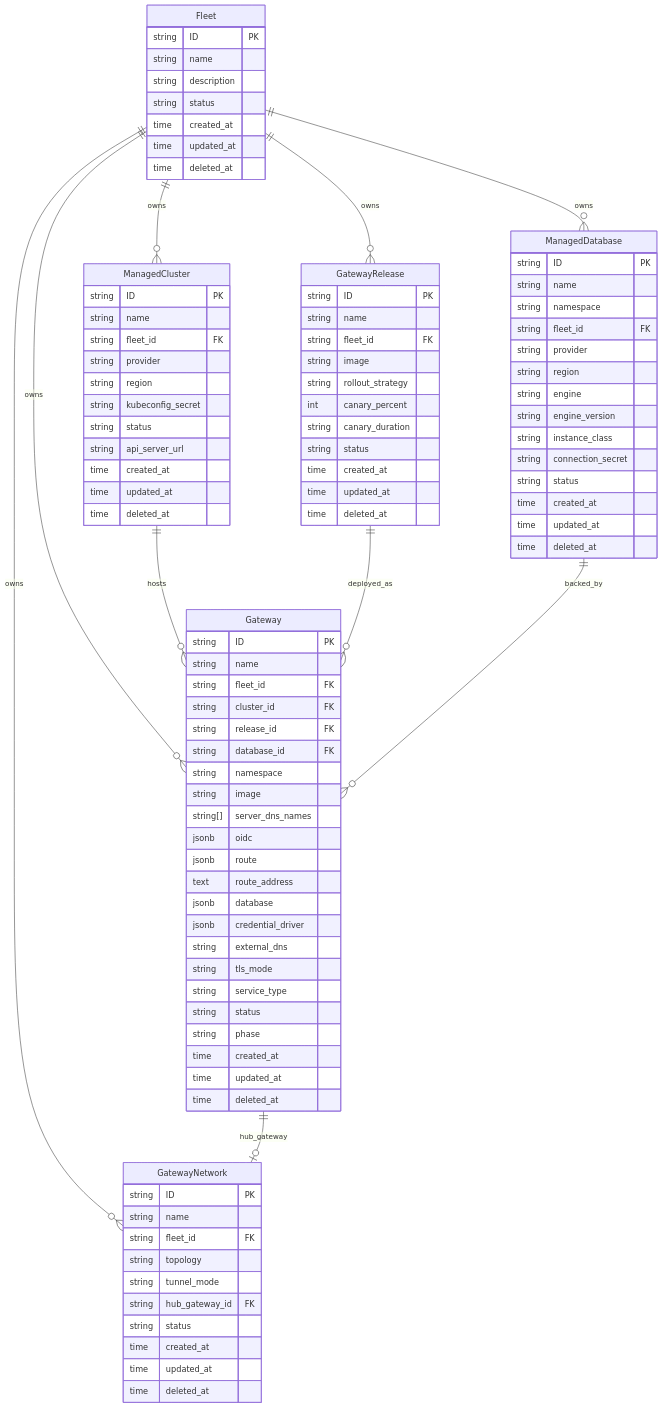
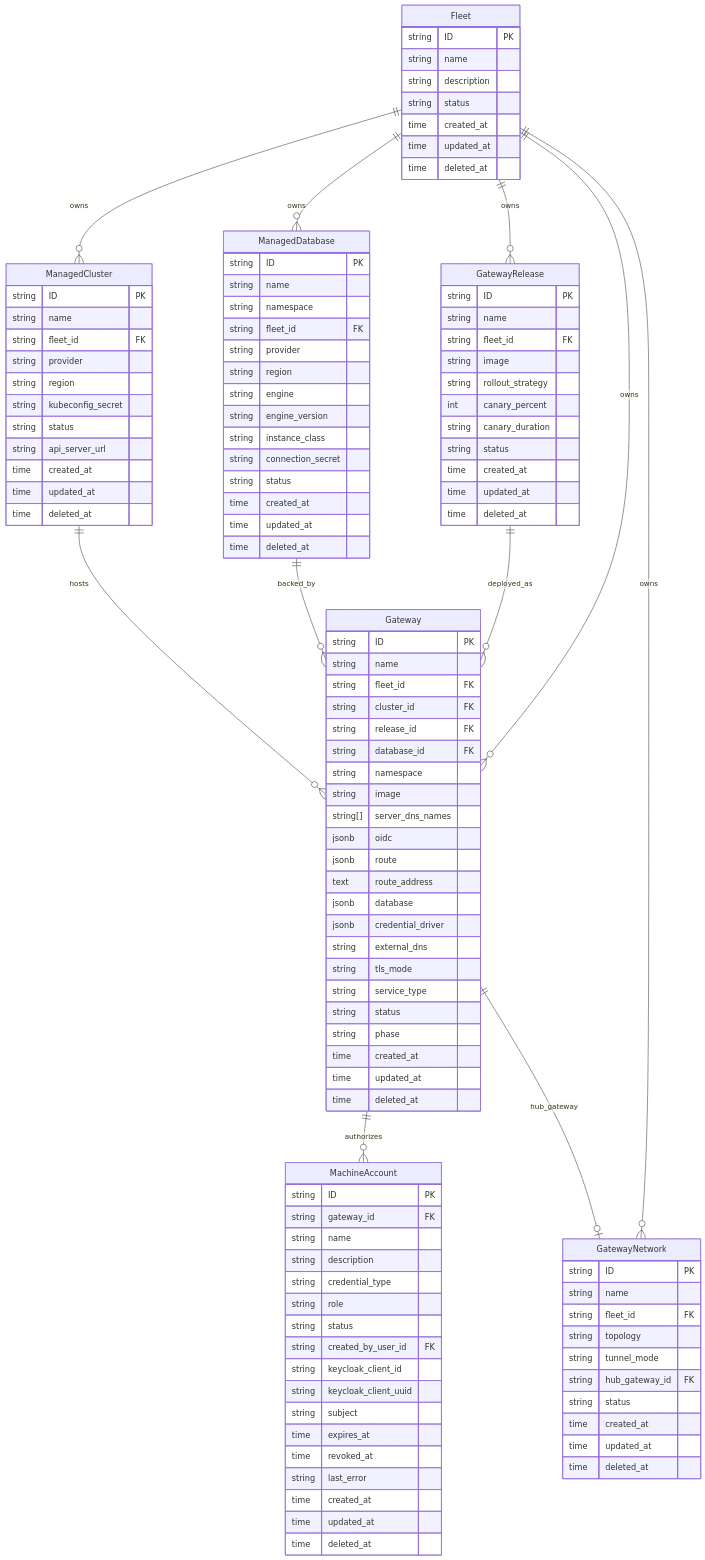
One commit to openshift-online/hypershell changed the diagram in specs/platform/data-model.spec.md. Above: the diagram before and after it, drawn with Mermaid. The commit also changed other lines of this file and 6 other files, not shown here.

Commit message:
[HYPERSHELL-49] spec: define gateway machine accounts

````diff
--- a/specs/platform/data-model.spec.md
+++ b/specs/platform/data-model.spec.md
@@ -103,6 +104,26 @@
         time deleted_at
     }
 
+    MachineAccount {
+        string ID PK
+        string gateway_id FK
+        string name
+        string description
+        string credential_type
+        string role
+        string status
+        string created_by_user_id FK
+        string keycloak_client_id
+        string keycloak_client_uuid
+        string subject
+        time expires_at
+        time revoked_at
+        string last_error
+        time created_at
+        time updated_at
+        time deleted_at
+    }
+
     GatewayNetwork {
         string ID PK
         string name
@@ -125,5 +146,6 @@
     ManagedCluster ||--o{ Gateway : "hosts"
     GatewayRelease ||--o{ Gateway : "deployed_as"
     ManagedDatabase ||--o{ Gateway : "backed_by"
+    Gateway ||--o{ MachineAccount : "authorizes"
     Gateway ||--o| GatewayNetwork : "hub_gateway"
 ```
````
